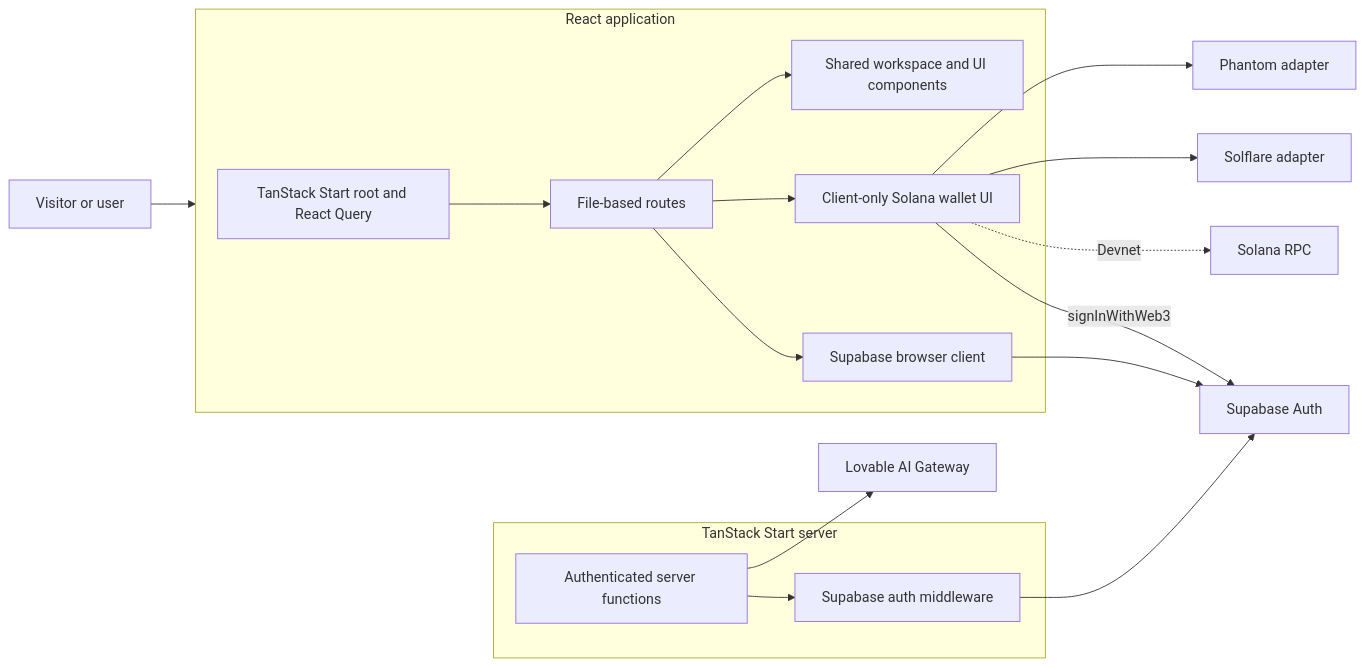
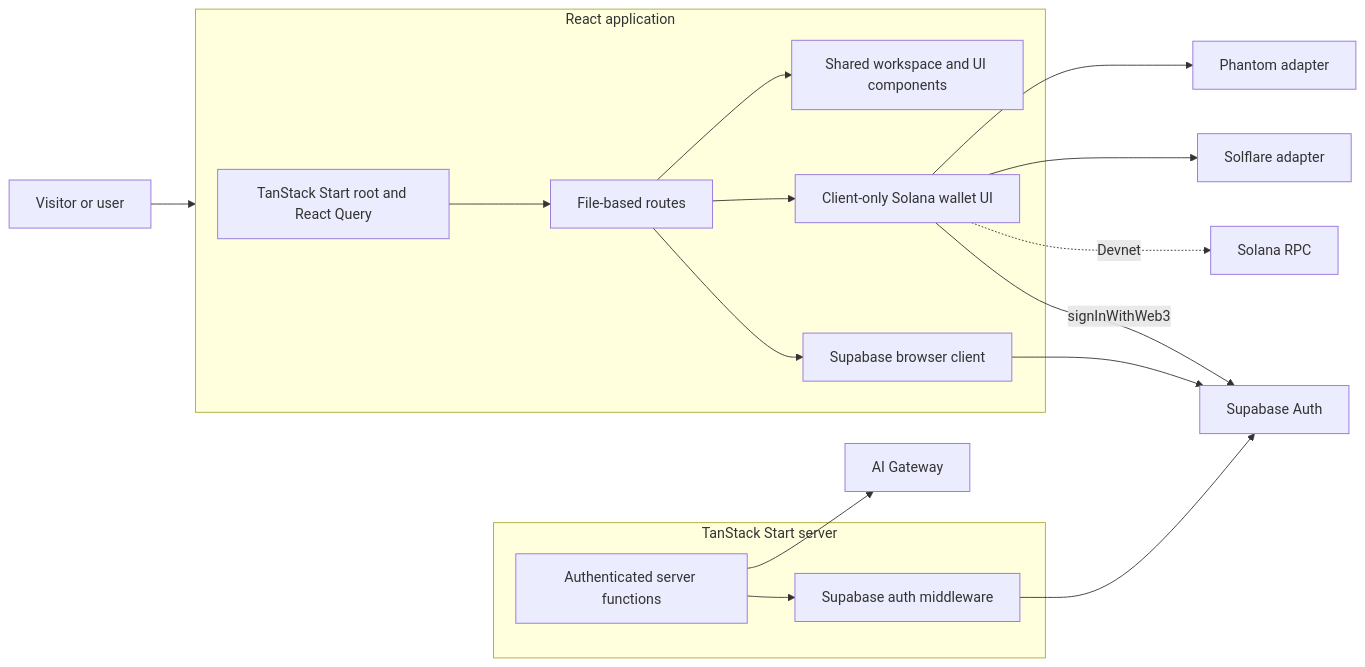
Before and after one commit to mooncreditfi/mooncreditfi-main: the first of 4 diagrams in frontend/README.md, drawn with Mermaid. The commit also changed other lines of this file and 70 other files, not shown here.

````diff
--- a/frontend/README.md
+++ b/frontend/README.md
@@ -9,30 +9,30 @@
 ```mermaid
 flowchart LR
   Visitor[Visitor or user] --> Browser
 
   subgraph Browser[React application]
     Root[TanStack Start root and React Query]
     Routes[File-based routes]
     UI[Shared workspace and UI components]
     Wallet[Client-only Solana wallet UI]
     SupabaseClient[Supabase browser client]
     Root --> Routes
     Routes --> UI
     Routes --> Wallet
     Routes --> SupabaseClient
   end
 
   Wallet --> Phantom[Phantom adapter]
   Wallet --> Solflare[Solflare adapter]
   Wallet -. Devnet .-> Solana[Solana RPC]
   Wallet -->|signInWithWeb3| Supabase[Supabase Auth]
 
   subgraph Server[TanStack Start server]
     ServerFns[Authenticated server functions]
     AuthMiddleware[Supabase auth middleware]
     ServerFns --> AuthMiddleware
   end
   SupabaseClient --> Supabase
   AuthMiddleware --> Supabase
-  ServerFns --> Gateway[Lovable AI Gateway]
+  ServerFns --> Gateway[AI Gateway]
 ```
````
